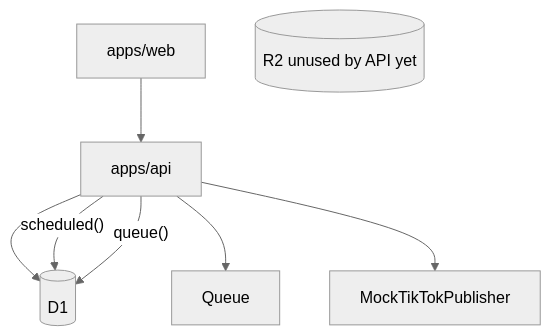
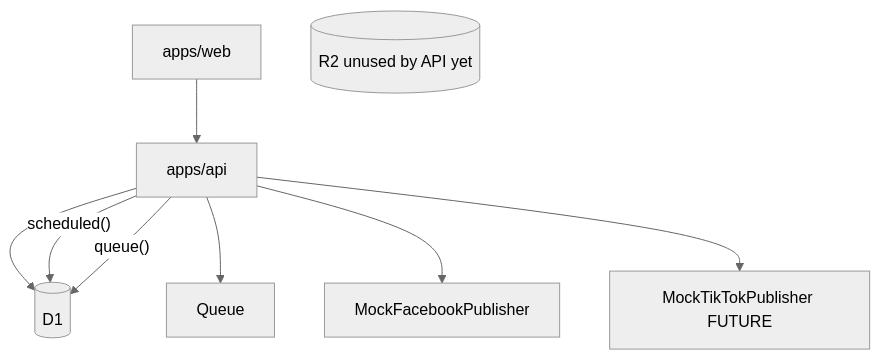
One commit to hptbee/b3_affiliate-autopilot changed the diagram in docs/IMPLEMENTATION-PLAN.md. Above: the diagram before and after it, drawn with Mermaid (neutral theme). The commit also changed other lines of this file and 39 other files, not shown here.

First line of the commit message:
Retarget the product from TikTok-first to affiliate-first. (#1)

````diff
--- a/docs/IMPLEMENTATION-PLAN.md
+++ b/docs/IMPLEMENTATION-PLAN.md
@@ -26,16 +44,18 @@
 ```mermaid
 flowchart TD
     Web[apps/web]
     API[apps/api]
     D1[(D1)]
     R2[(R2 unused by API yet)]
     Q[Queue]
-    Mock[MockTikTokPublisher]
+    FB[MockFacebookPublisher]
+    TT[MockTikTokPublisher FUTURE]
 
     Web --> API
     API --> D1
     API --> Q
     API -->|"scheduled()"| D1
     API -->|"queue()"| D1
-    API --> Mock
+    API --> FB
+    API --> TT
 ```
````
